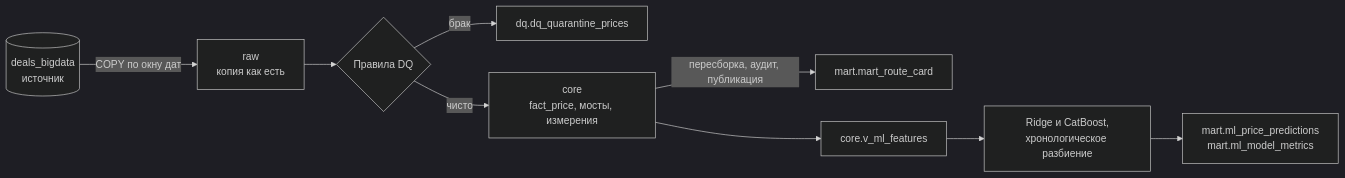
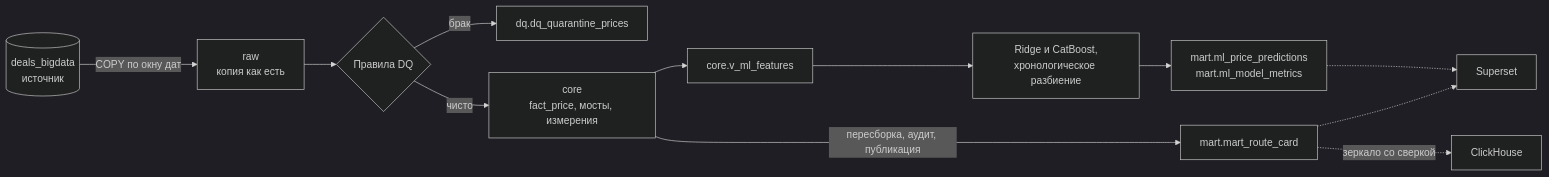
One commit to Antirry-1/ul-market changed the first of 2 diagrams in README.md. Above: the diagram before and after it, drawn with Mermaid (dark theme). The commit also changed other lines of this file and 55 other files, not shown here.

First line of the commit message:
Добавить Airflow, Superset, ClickHouse и сводку рынка

````diff
--- a/README.md
+++ b/README.md
@@ -84,11 +94,14 @@
 ```mermaid
 flowchart LR
     SRC[("deals_bigdata<br/>источник")] -->|"COPY по окну дат"| RAW["raw<br/>копия как есть"]
     RAW --> DQ{"Правила DQ"}
     DQ -->|"брак"| Q["dq.dq_quarantine_prices"]
     DQ -->|"чисто"| CORE["core<br/>fact_price, мосты, измерения"]
     CORE -->|"пересборка, аудит, публикация"| MART["mart.mart_route_card"]
     CORE --> FEAT["core.v_ml_features"]
     FEAT --> ML["Ridge и CatBoost,<br/>хронологическое разбиение"]
     ML --> PRED["mart.ml_price_predictions<br/>mart.ml_model_metrics"]
+    MART -.-> SS["Superset"]
+    PRED -.-> SS
+    MART -.->|"зеркало со сверкой"| CH["ClickHouse"]
 ```
````
